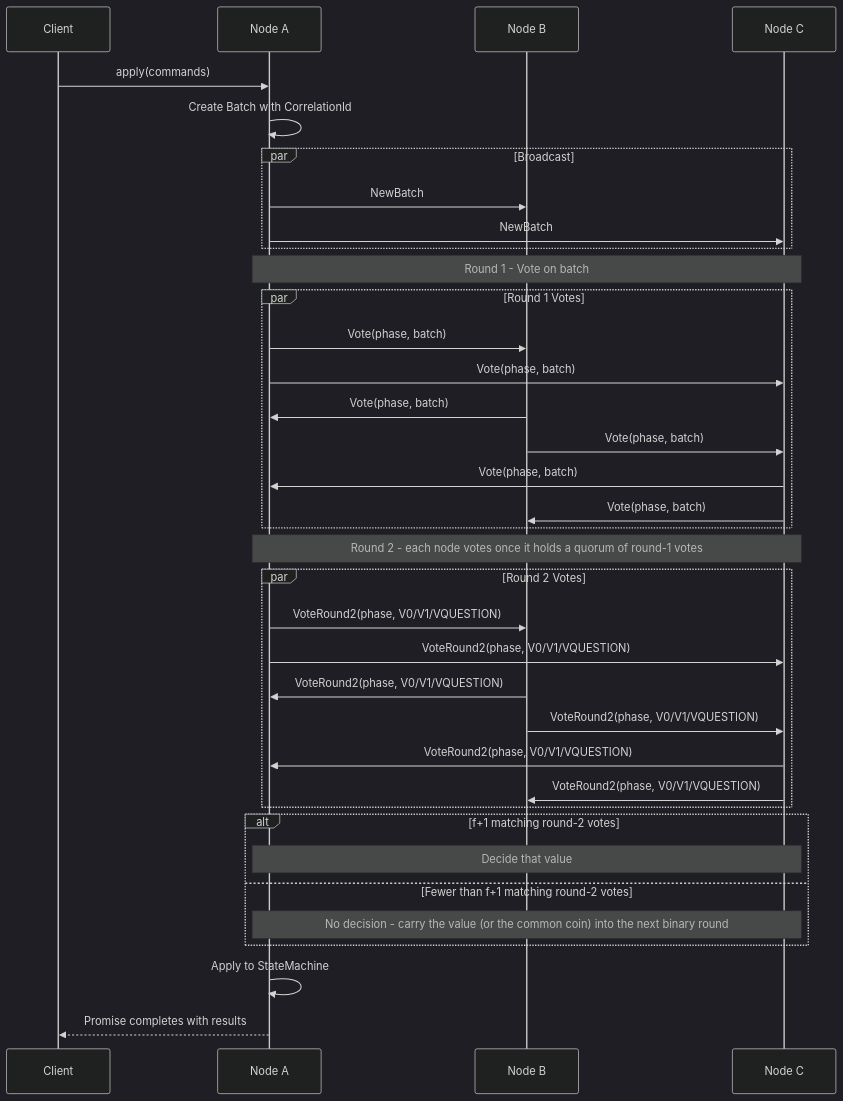
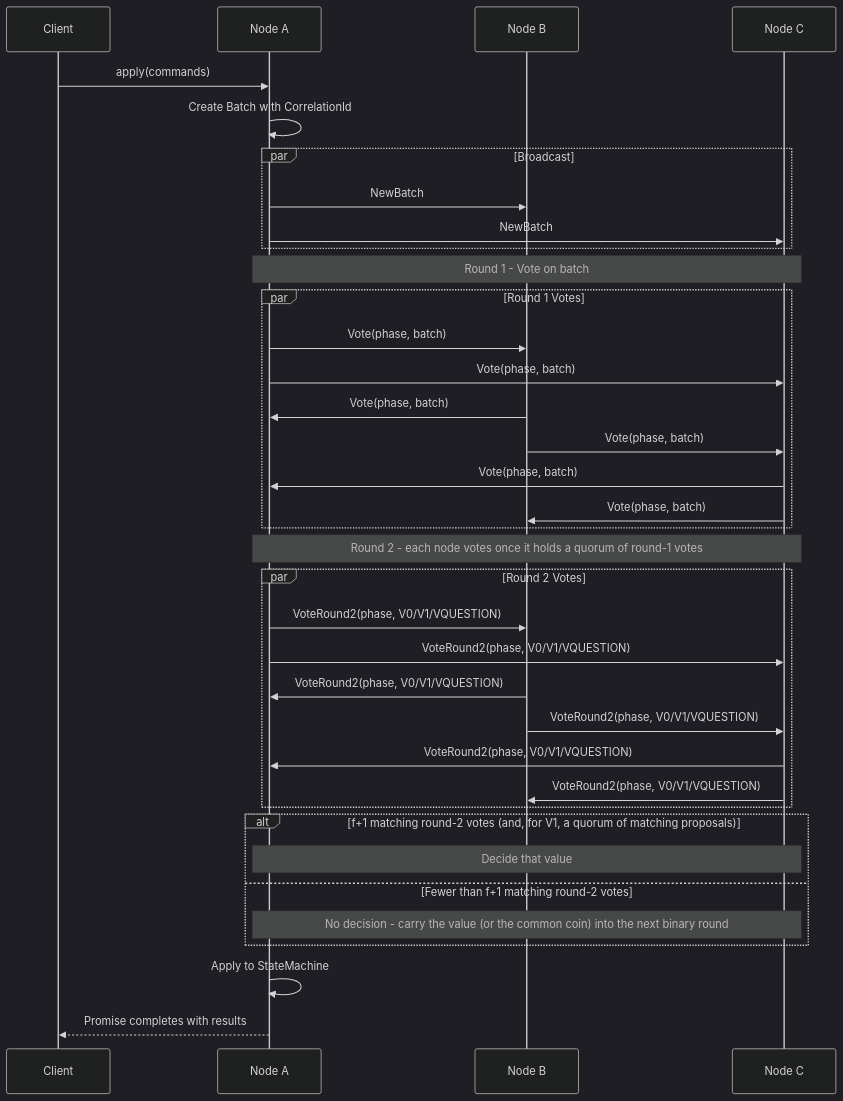
The first of 6 diagrams in aether/docs/architecture/01-consensus.md (pragmaticalabs/pragmatica), drawn with Mermaid (dark theme) before and after one commit. The commit also changed other lines of this file and 1 other file, not shown here.

Commit message:
docs: state the proposal-quorum condition, trusted-Decision replicas and coin rule; mark fast-path field removed (#2617)

````diff
--- a/aether/docs/architecture/01-consensus.md
+++ b/aether/docs/architecture/01-consensus.md
@@ -24,46 +24,46 @@
 ```mermaid
 sequenceDiagram
     participant Client
     participant NodeA as Node A
     participant NodeB as Node B
     participant NodeC as Node C
 
     Client->>NodeA: apply(commands)
     NodeA->>NodeA: Create Batch with CorrelationId
 
     par Broadcast
         NodeA->>NodeB: NewBatch
         NodeA->>NodeC: NewBatch
     end
 
     Note over NodeA,NodeC: Round 1 - Vote on batch
 
     par Round 1 Votes
         NodeA->>NodeB: Vote(phase, batch)
         NodeA->>NodeC: Vote(phase, batch)
         NodeB->>NodeA: Vote(phase, batch)
         NodeB->>NodeC: Vote(phase, batch)
         NodeC->>NodeA: Vote(phase, batch)
         NodeC->>NodeB: Vote(phase, batch)
     end
 
     Note over NodeA,NodeC: Round 2 - each node votes once it holds a quorum of round-1 votes
 
     par Round 2 Votes
         NodeA->>NodeB: VoteRound2(phase, V0/V1/VQUESTION)
         NodeA->>NodeC: VoteRound2(phase, V0/V1/VQUESTION)
         NodeB->>NodeA: VoteRound2(phase, V0/V1/VQUESTION)
         NodeB->>NodeC: VoteRound2(phase, V0/V1/VQUESTION)
         NodeC->>NodeA: VoteRound2(phase, V0/V1/VQUESTION)
         NodeC->>NodeB: VoteRound2(phase, V0/V1/VQUESTION)
     end
 
-    alt f+1 matching round-2 votes
+    alt f+1 matching round-2 votes (and, for V1, a quorum of matching proposals)
         Note over NodeA,NodeC: Decide that value
     else Fewer than f+1 matching round-2 votes
         Note over NodeA,NodeC: No decision - carry the value (or the common coin) into the next binary round
     end
 
     NodeA->>NodeA: Apply to StateMachine
     NodeA-->>Client: Promise completes with results
 ```
````
